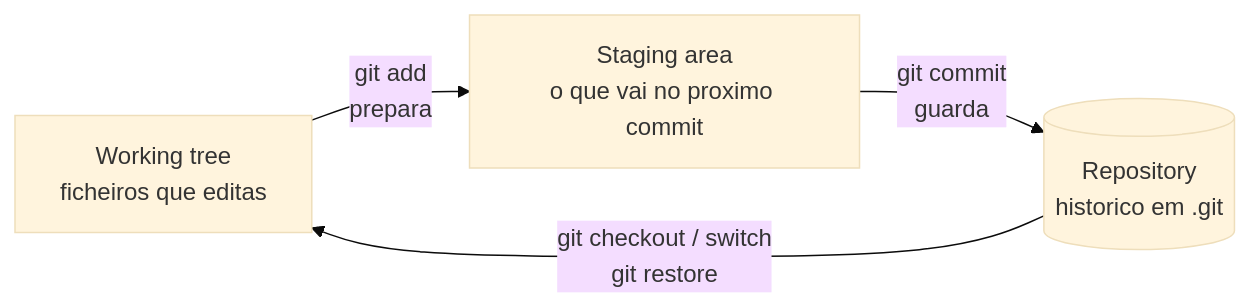
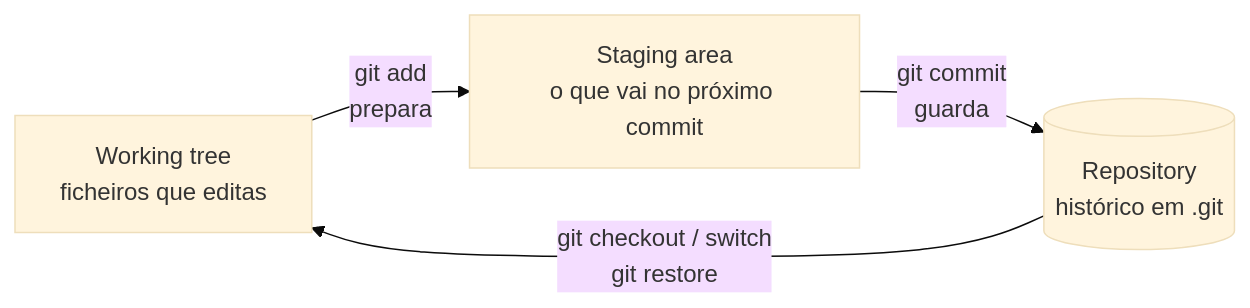
Before and after one commit to BerniloBernardo-boot/Git-e-GitHub: the second of 3 diagrams in 01-Fundamentos/01-O-que-e-Git-e-GitHub.md, drawn with Mermaid (base theme). The commit also changed 13 other files, not shown here.

Commit message:
docs: traduz elementos explicativos dos diagramas para PT-PT

````diff
--- a/01-Fundamentos/01-O-que-e-Git-e-GitHub.md
+++ b/01-Fundamentos/01-O-que-e-Git-e-GitHub.md
@@ -68,6 +68,6 @@
 ```mermaid
 flowchart LR
-    W["Working tree<br/>ficheiros que editas"] -->|"git add<br/>prepara"| S["Staging area<br/>o que vai no proximo commit"]
-    S -->|"git commit<br/>guarda"| R[("Repository<br/>historico em .git")]
+    W["Working tree<br/>ficheiros que editas"] -->|"git add<br/>prepara"| S["Staging area<br/>o que vai no próximo commit"]
+    S -->|"git commit<br/>guarda"| R[("Repository<br/>histórico em .git")]
     R -->|"git checkout / switch<br/>git restore"| W
 ```
````
